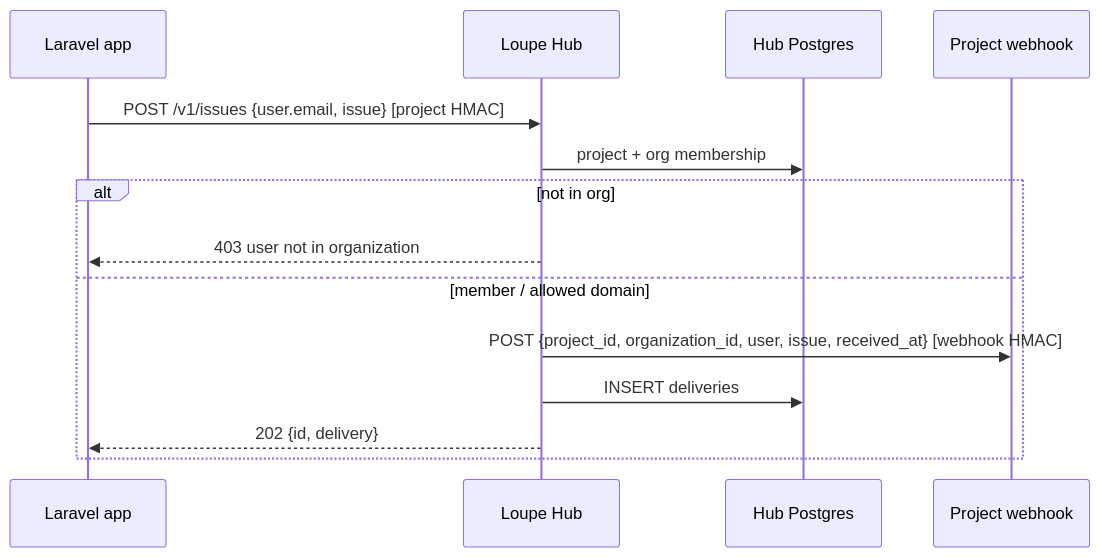
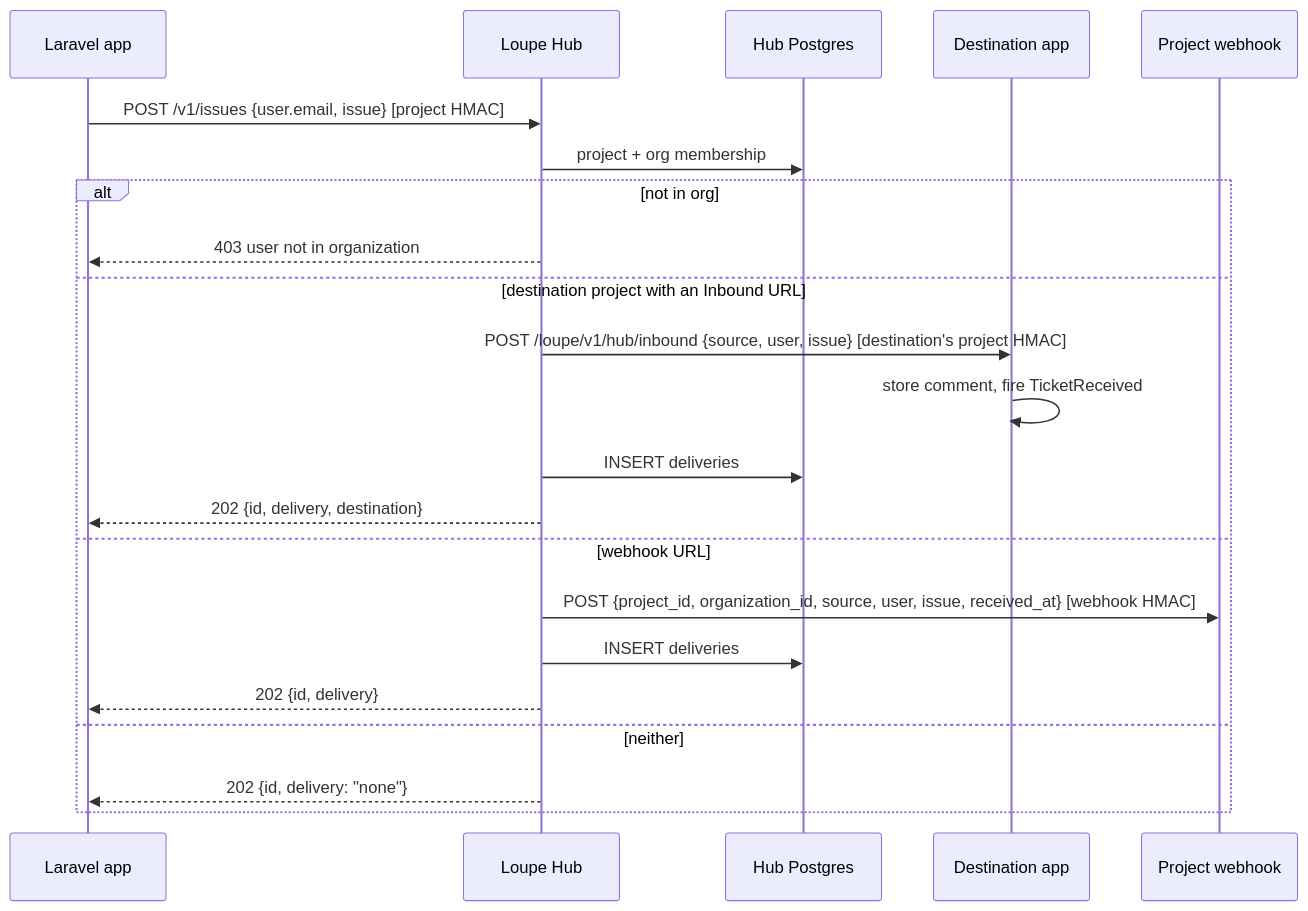
The third of 8 diagrams in docs/ARCHITECTURE.md (mohamed-ashraf-elsaed/loupe), drawn with Mermaid before and after one commit. The commit also changed other lines of this file and 20 other files, not shown here.

````diff
--- a/docs/ARCHITECTURE.md
+++ b/docs/ARCHITECTURE.md
@@ -115,16 +123,24 @@
 ```mermaid
 sequenceDiagram
   participant App as Laravel app
   participant Hub as Loupe Hub
   participant PG as Hub Postgres
+  participant Dest as Destination app
   participant WH as Project webhook
   App->>Hub: POST /v1/issues {user.email, issue}  [project HMAC]
   Hub->>PG: project + org membership
   alt not in org
     Hub-->>App: 403 user not in organization
-  else member / allowed domain
-    Hub->>WH: POST {project_id, organization_id, user, issue, received_at}  [webhook HMAC]
+  else destination project with an Inbound URL
+    Hub->>Dest: POST /loupe/v1/hub/inbound {source, user, issue}  [destination's project HMAC]
+    Dest->>Dest: store comment, fire TicketReceived
+    Hub->>PG: INSERT deliveries
+    Hub-->>App: 202 {id, delivery, destination}
+  else webhook URL
+    Hub->>WH: POST {project_id, organization_id, source, user, issue, received_at}  [webhook HMAC]
     Hub->>PG: INSERT deliveries
     Hub-->>App: 202 {id, delivery}
+  else neither
+    Hub-->>App: 202 {id, delivery: "none"}
   end
 ```
````
